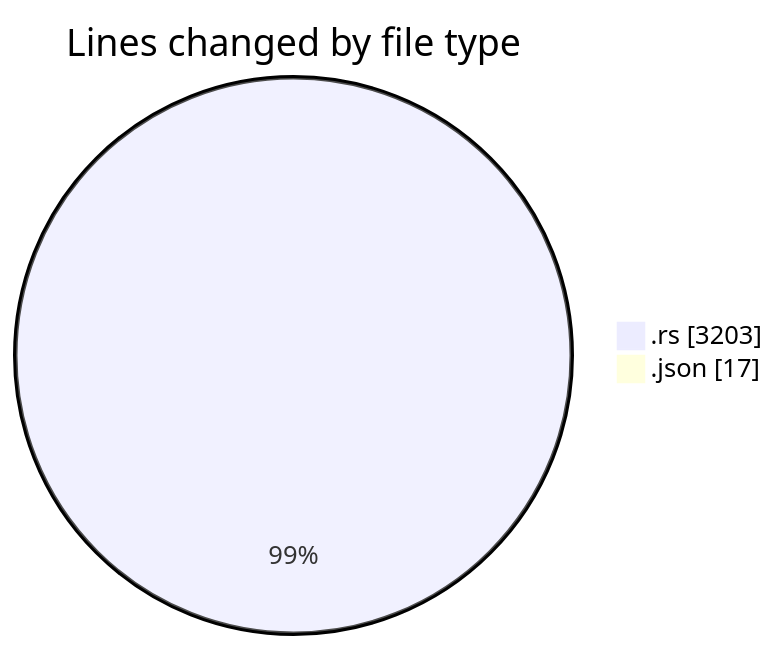
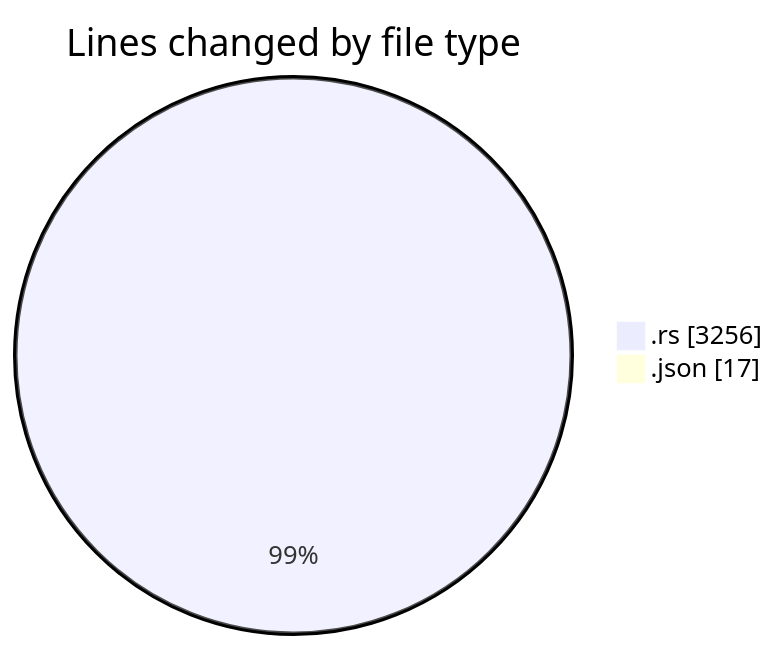
Before and after one commit to Ritupan-Deka/code-tracking: the first of 2 diagrams in 2025-12-28/rust/README.md, drawn with Mermaid. The commit also changed other lines of this file and 1 other file, not shown here.

````diff
--- a/2025-12-28/rust/README.md
+++ b/2025-12-28/rust/README.md
@@ -22,6 +22,6 @@
 ```mermaid
 pie showData
 title Lines changed by file type
-".rs" : 3203
+".rs" : 3256
 ".json" : 17
 ```
````
